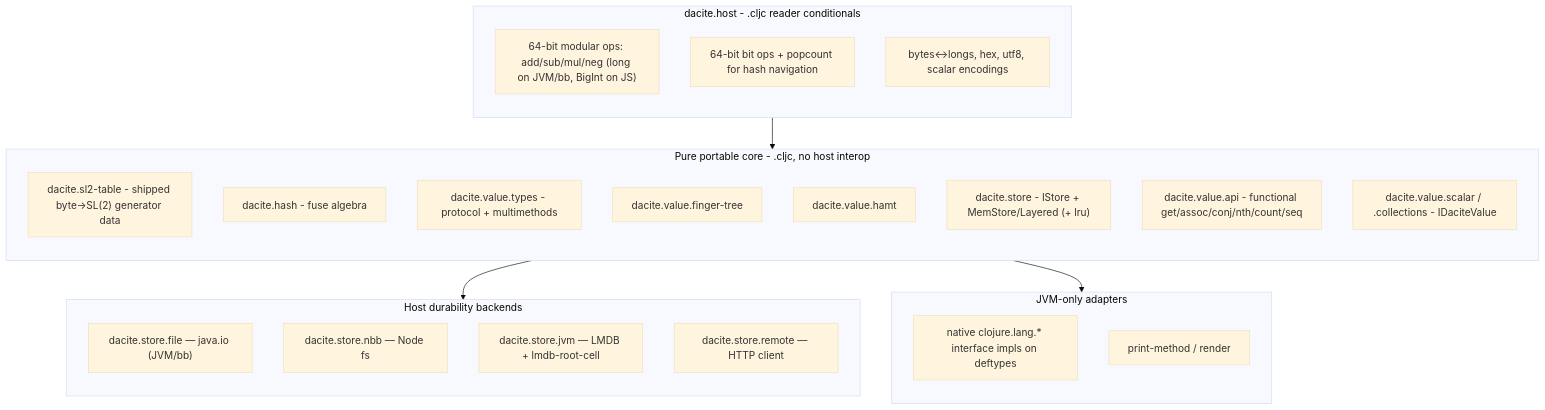
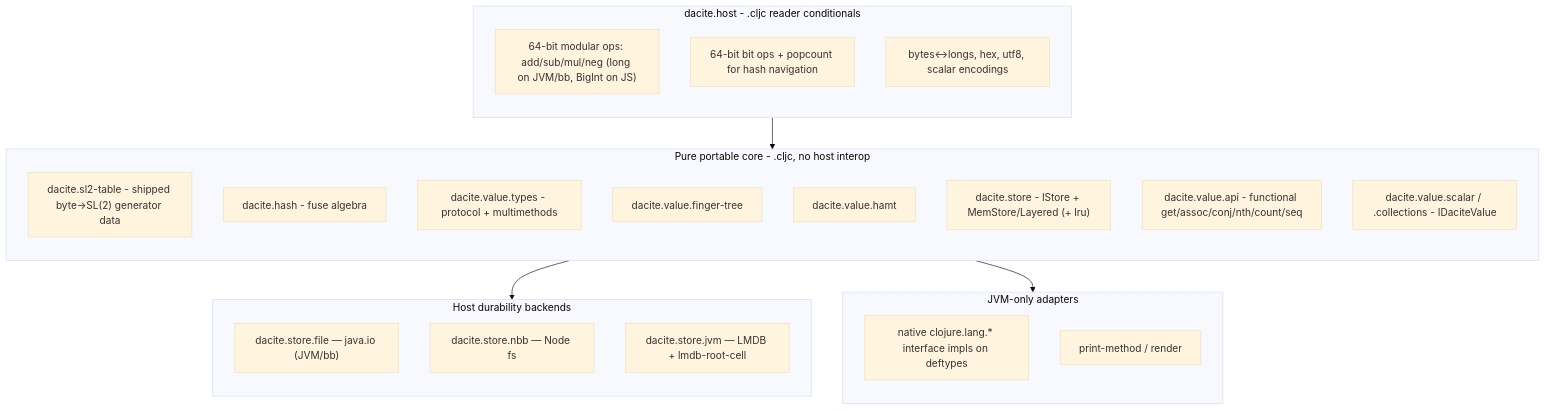
Before and after one commit to jclaggett/dacite: the diagram in docs/design/portable-core.md, drawn with Mermaid (base theme). The commit also changed other lines of this file and 70 other files, not shown here.

````diff
--- a/docs/design/portable-core.md
+++ b/docs/design/portable-core.md
@@ -33,35 +33,34 @@
 ```mermaid
 flowchart TB
   subgraph host [dacite.host - .cljc reader conditionals]
     direction TB
     u64["64-bit modular ops: add/sub/mul/neg (long on JVM/bb, BigInt on JS)"]
     bits["64-bit bit ops + popcount for hash navigation"]
     conv["bytes<->longs, hex, utf8, scalar encodings"]
   end
   subgraph core [Pure portable core - .cljc, no host interop]
     direction TB
     tbl["dacite.sl2-table - shipped byte->SL(2) generator data"]
     hash["dacite.hash - fuse algebra"]
     types["dacite.value.types - protocol + multimethods"]
     ft["dacite.value.finger-tree"]
     ha["dacite.value.hamt"]
     memstore["dacite.store - IStore + MemStore/Layered (+ lru)"]
     api["dacite.value.api - functional get/assoc/conj/nth/count/seq"]
     values["dacite.value.scalar / .collections - IDaciteValue"]
   end
   subgraph hostbackends [Host durability backends]
     direction TB
     filejvm["dacite.store.file — java.io (JVM/bb)"]
     filenbb["dacite.store.nbb — Node fs"]
     lmdb["dacite.store.jvm — LMDB + lmdb-root-cell"]
-    remote["dacite.store.remote — HTTP client"]
   end
   subgraph jvmonly [JVM-only adapters]
     direction TB
     native["native clojure.lang.* interface impls on deftypes"]
     print["print-method / render"]
   end
   host --> core
   core --> hostbackends
   core --> jvmonly
 ```
````
